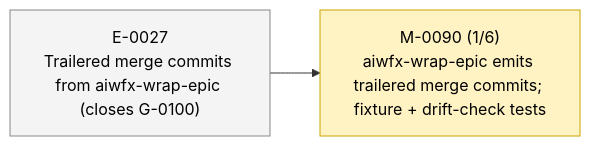
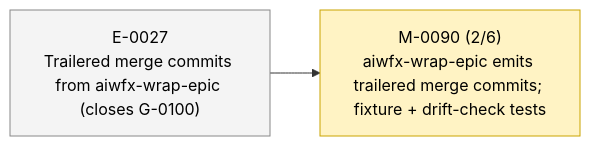
Before and after one commit to 23min/aiwf: the second of 2 diagrams in STATUS.md, drawn with Mermaid. The commit also changed other lines of this file and 1 other file, not shown here.

````diff
--- a/STATUS.md
+++ b/STATUS.md
@@ -51,12 +51,12 @@
 ```mermaid
 flowchart LR
   E_0027["E-0027<br/>Trailered merge commits from aiwfx-wrap-epic (closes G-0100)"]:::epic_proposed
-  M_0090["M-0090 (1/6)<br/>aiwfx-wrap-epic emits trailered merge commits; fixture + drift-check tests"]:::ms_in_progress
+  M_0090["M-0090 (2/6)<br/>aiwfx-wrap-epic emits trailered merge commits; fixture + drift-check tests"]:::ms_in_progress
   E_0027 --> M_0090
   classDef epic_active fill:#d6eaff,stroke:#1a73e8,color:#000
   classDef epic_proposed fill:#f4f4f4,stroke:#888,color:#000
   classDef ms_done fill:#d8f5d8,stroke:#2a8a2a,color:#000
   classDef ms_in_progress fill:#fff3c4,stroke:#caa400,color:#000
   classDef ms_draft fill:#f4f4f4,stroke:#888,color:#000
   classDef ms_cancelled fill:#fbeaea,stroke:#c33,color:#000
 ```
````
